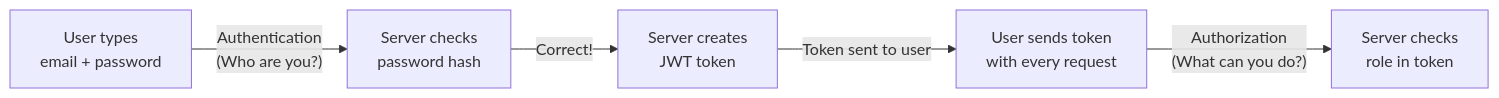
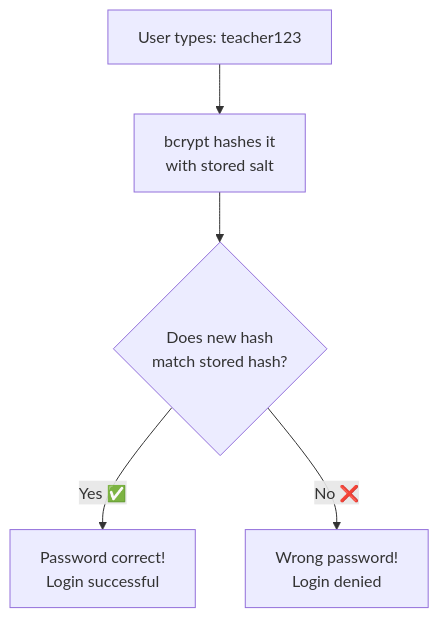
Before and after one commit to Nimsika-Bosilu/designHer_2.0-Student-Attendance-Management-System: diagram 13 of 30 in backend/README.md, drawn with Mermaid. The commit also changed other lines of this file, not shown here.

````diff
--- a/backend/README.md
+++ b/backend/README.md
@@ -734,7 +707,7 @@
 ```mermaid
-flowchart LR
-    A["User types\nemail + password"] -->|"Authentication\n(Who are you?)"| B["Server checks\npassword hash"]
-    B -->|"Correct!"| C["Server creates\nJWT token"]
-    C -->|"Token sent to user"| D["User sends token\nwith every request"]
-    D -->|"Authorization\n(What can you do?)"| E["Server checks\nrole in token"]
+flowchart TD
+    A["User types: teacher123"] --> B["bcrypt hashes it\nwith stored salt"]
+    B --> C{"Does new hash\nmatch stored hash?"}
+    C -->|"Yes ✅"| D["Password correct!\nLogin successful"]
+    C -->|"No ❌"| E["Wrong password!\nLogin denied"]
 ```
````
